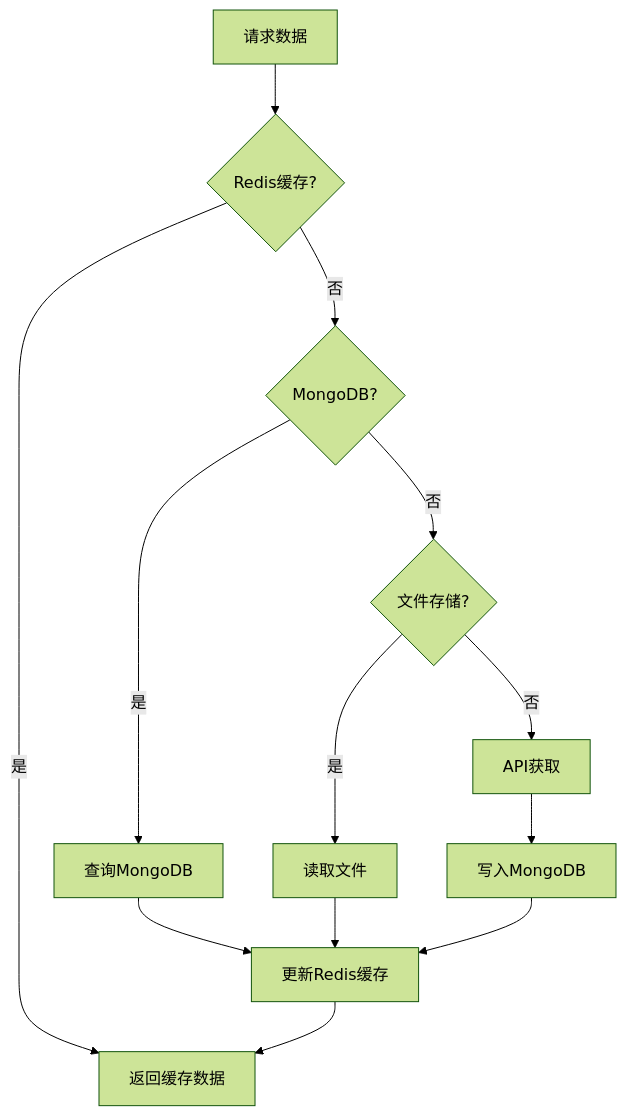
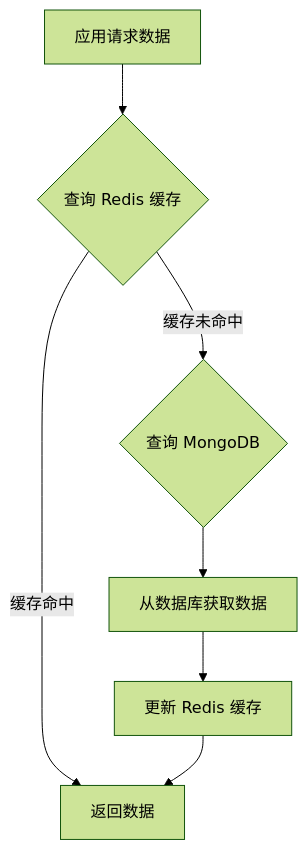
One commit to YUHAO-corn/manufacturing-agents changed the second of 3 diagrams in docs/architecture/database-architecture.md. Above: the diagram before and after it, drawn with Mermaid (forest theme). The commit also changed other lines of this file and 3 other files, not shown here.

````diff
--- a/docs/architecture/database-architecture.md
+++ b/docs/architecture/database-architecture.md
@@ -157,17 +120,9 @@
 ```mermaid
 graph TD
-    A[请求数据] --> B{Redis缓存?}
-    B -->|是| C[返回缓存数据]
-    B -->|否| D{MongoDB?}
-    D -->|是| E[查询MongoDB]
-    D -->|否| F{文件存储?}
-    F -->|是| G[读取文件]
-    F -->|否| H[API获取]
-    
-    E --> I[更新Redis缓存]
-    G --> I
-    H --> J[写入MongoDB]
-    J --> I
-    
-    I --> C
+    A[应用请求数据] --> B{查询 Redis 缓存};
+    B -- 缓存命中 --> C[返回数据];
+    B -- 缓存未命中 --> D{查询 MongoDB};
+    D --> E[从数据库获取数据];
+    E --> F[更新 Redis 缓存];
+    F --> C;
 ```
````
